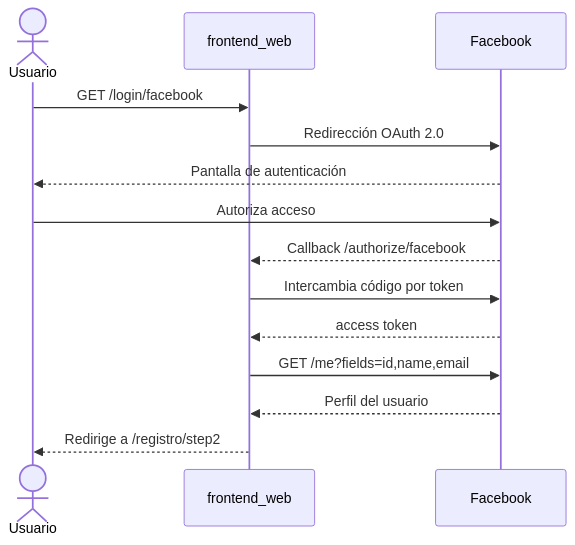
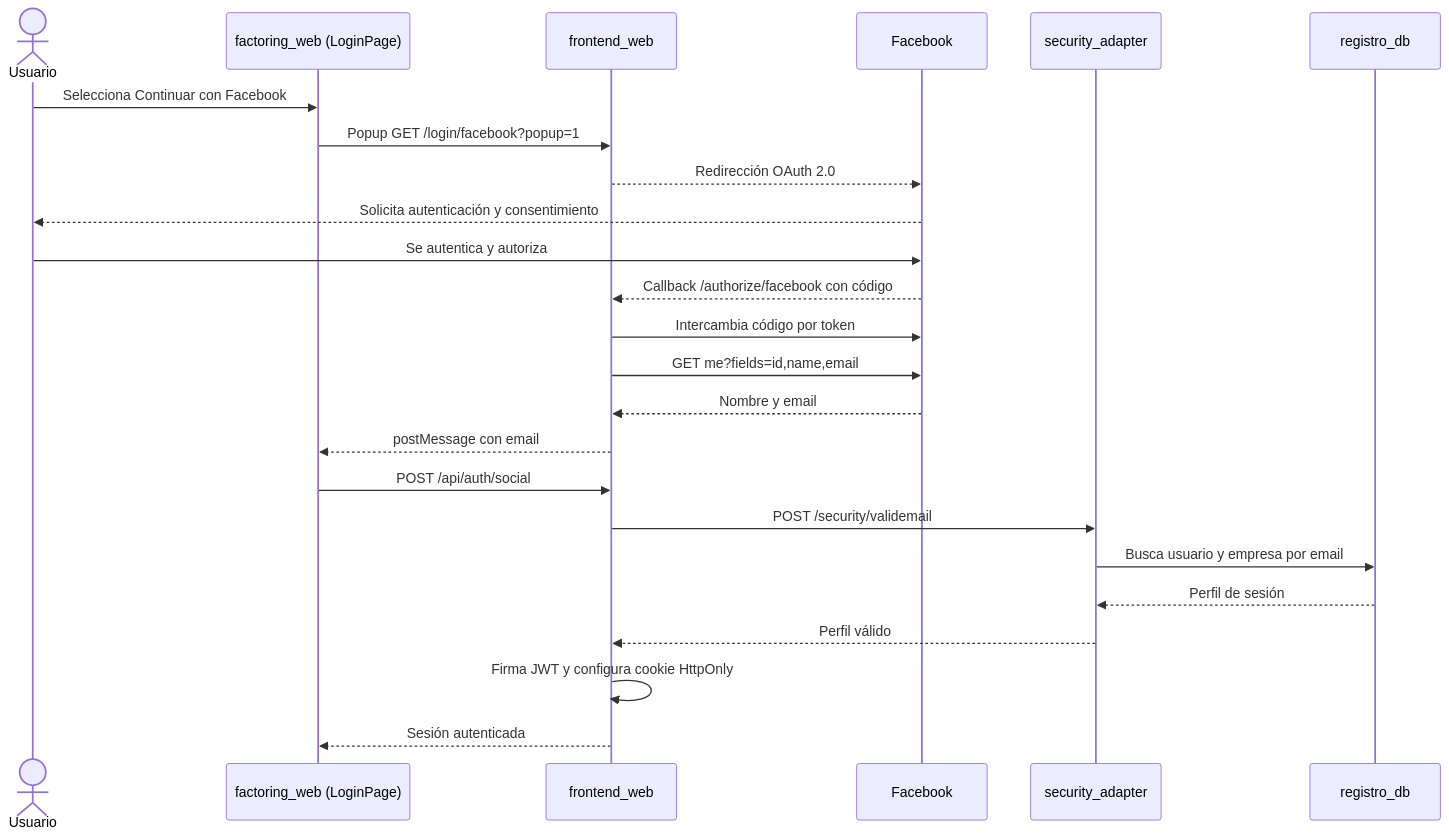
One commit to syslet/tecsup-arq-factoring-dist changed the sixth of 6 diagrams in README.md. Above: the diagram before and after it, drawn with Mermaid. The commit also changed other lines of this file and 28 other files, not shown here.

````diff
--- a/README.md
+++ b/README.md
@@ -274,17 +348,27 @@
 ```mermaid
 sequenceDiagram
     actor Usuario
-    participant Frontend as frontend_web
+    participant Web as factoring_web (LoginPage)
+    participant API as frontend_web
     participant Facebook
+    participant Security as security_adapter
+    participant DB as registro_db
 
-    Usuario->>Frontend: GET /login/facebook
-    Frontend->>Facebook: Redirección OAuth 2.0
-    Facebook-->>Usuario: Pantalla de autenticación
-    Usuario->>Facebook: Autoriza acceso
-    Facebook-->>Frontend: Callback /authorize/facebook
-    Frontend->>Facebook: Intercambia código por token
-    Facebook-->>Frontend: access token
-    Frontend->>Facebook: GET /me?fields=id,name,email
-    Facebook-->>Frontend: Perfil del usuario
-    Frontend-->>Usuario: Redirige a /registro/step2
+    Usuario->>Web: Selecciona Continuar con Facebook
+    Web->>API: Popup GET /login/facebook?popup=1
+    API-->>Facebook: Redirección OAuth 2.0
+    Facebook-->>Usuario: Solicita autenticación y consentimiento
+    Usuario->>Facebook: Se autentica y autoriza
+    Facebook-->>API: Callback /authorize/facebook con código
+    API->>Facebook: Intercambia código por token
+    API->>Facebook: GET me?fields=id,name,email
+    Facebook-->>API: Nombre y email
+    API-->>Web: postMessage con email
+    Web->>API: POST /api/auth/social
+    API->>Security: POST /security/validemail
+    Security->>DB: Busca usuario y empresa por email
+    DB-->>Security: Perfil de sesión
+    Security-->>API: Perfil válido
+    API->>API: Firma JWT y configura cookie HttpOnly
+    API-->>Web: Sesión autenticada
 ```
````
